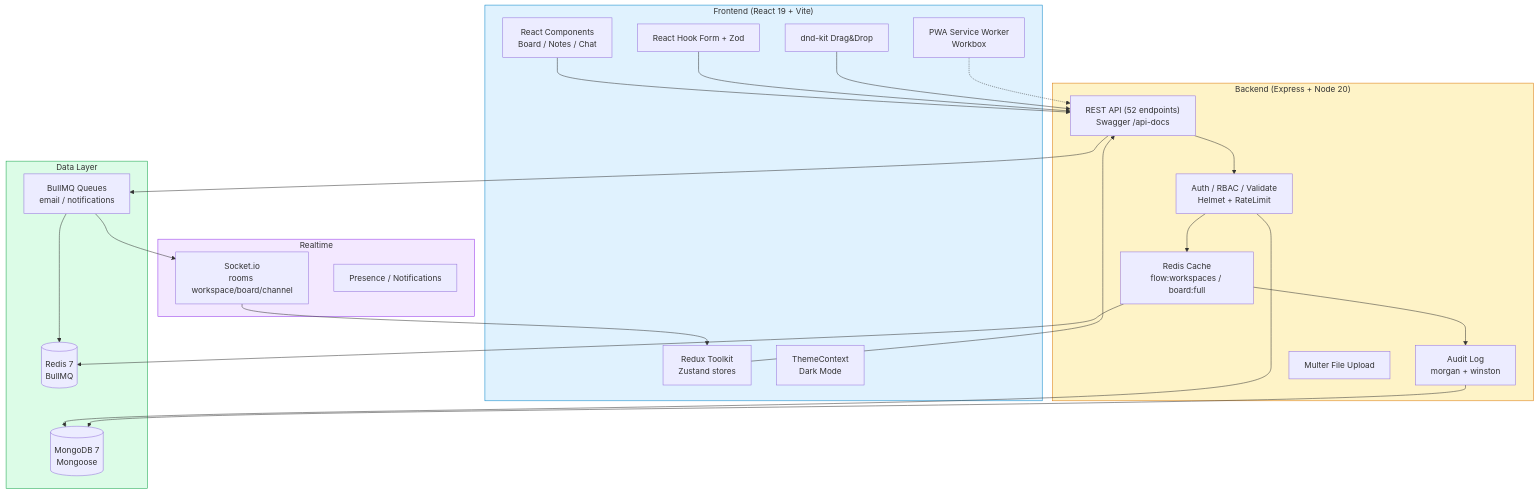
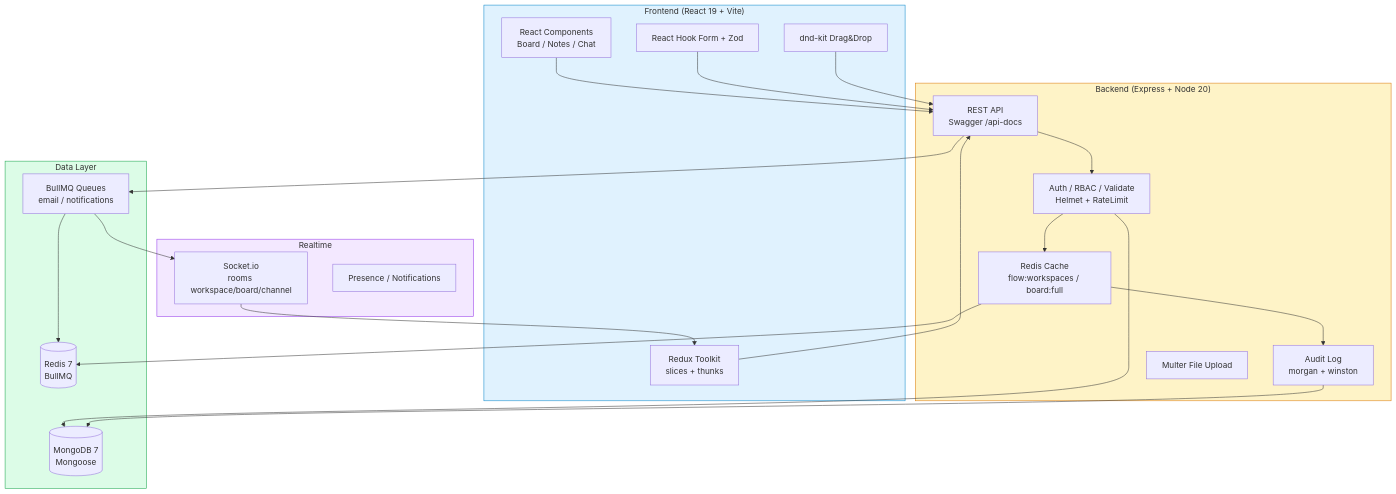
One commit to ayushdhiman7/flow changed the first of 4 diagrams in docs/architecture.md. Above: the diagram before and after it, drawn with Mermaid. The commit also changed other lines of this file and 5 other files, not shown here.

````diff
--- a/docs/architecture.md
+++ b/docs/architecture.md
@@ -8,48 +8,45 @@
 ```mermaid
 graph TB
     subgraph Client["Frontend (React 19 + Vite)"]
         UI["React Components<br/>Board / Notes / Chat"]
-        Store["Redux Toolkit<br/>Zustand stores"]
-        PWA["PWA Service Worker<br/>Workbox"]
+        Store["Redux Toolkit<br/>slices + thunks"]
         RHF["React Hook Form + Zod"]
         DnD["dnd-kit Drag&Drop"]
-        Theme["ThemeContext<br/>Dark Mode"]
     end
 
     subgraph Server["Backend (Express + Node 20)"]
-        API["REST API (52 endpoints)<br/>Swagger /api-docs"]
+        API["REST API<br/>Swagger /api-docs"]
         AuthMW["Auth / RBAC / Validate<br/>Helmet + RateLimit"]
         CacheMW["Redis Cache<br/>flow:workspaces / board:full"]
         AuditMW["Audit Log<br/>morgan + winston"]
         Upload["Multer File Upload"]
     end
 
     subgraph Data["Data Layer"]
         Mongo[(MongoDB 7<br/>Mongoose)]
         Redis[(Redis 7<br/>BullMQ)]
         Queue["BullMQ Queues<br/>email / notifications"]
     end
 
     subgraph Realtime["Realtime"]
         Socket["Socket.io<br/>rooms workspace/board/channel"]
         Presence["Presence / Notifications"]
     end
 
     UI --> API
     Store --> API
     RHF --> API
     DnD --> API
     API --> AuthMW --> CacheMW --> AuditMW
     AuthMW --> Mongo
     CacheMW --> Redis
     AuditMW --> Mongo
     API --> Queue --> Redis
     Queue --> Socket
     Socket --> Store
-    PWA -.-> API
 
     style Client fill:#e0f2fe,stroke:#0284c7
     style Server fill:#fef3c7,stroke:#d97706
     style Data fill:#dcfce7,stroke:#16a34a
     style Realtime fill:#f3e8ff,stroke:#9333ea
 ```
````
